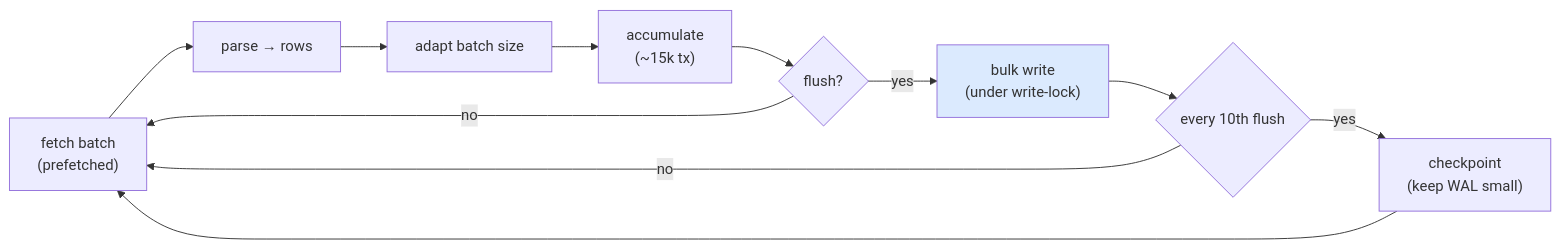
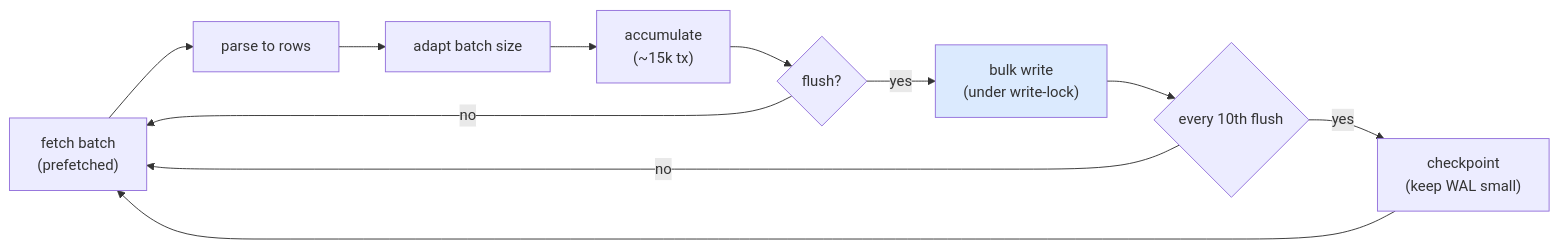
One commit to ignaciofdezocana/btc-sql-explorer changed the third of 6 diagrams in README.md. Above: the diagram before and after it, drawn with Mermaid. The commit also changed other lines of this file, not shown here.

First line of the commit message:
README: fix mermaid parse errors on GitHub

````diff
--- a/README.md
+++ b/README.md
@@ -120,14 +120,14 @@
 ```mermaid
 flowchart LR
-    A["fetch batch<br/>(prefetched)"] --> B["parse → rows"]
+    A["fetch batch<br/>(prefetched)"] --> B["parse to rows"]
     B --> C["adapt batch size"]
     C --> D["accumulate<br/>(~15k tx)"]
     D --> E{"flush?"}
     E -->|"yes"| F["bulk write<br/>(under write-lock)"]
     E -->|"no"| A
     F --> G{"every 10th flush"}
     G -->|"yes"| H["checkpoint<br/>(keep WAL small)"]
     G -->|"no"| A
     H --> A
     style F fill:#dbeafe
 ```
````
